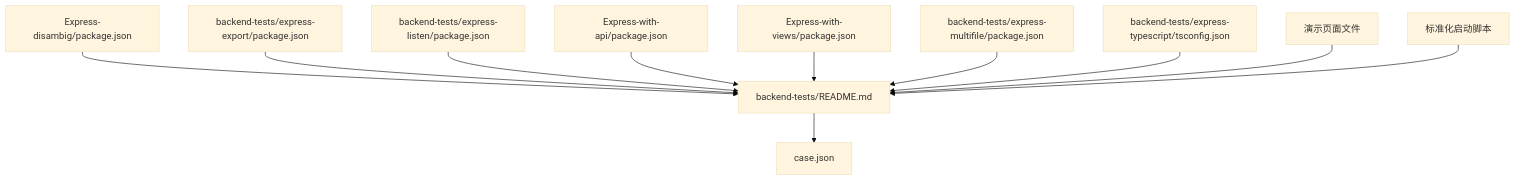
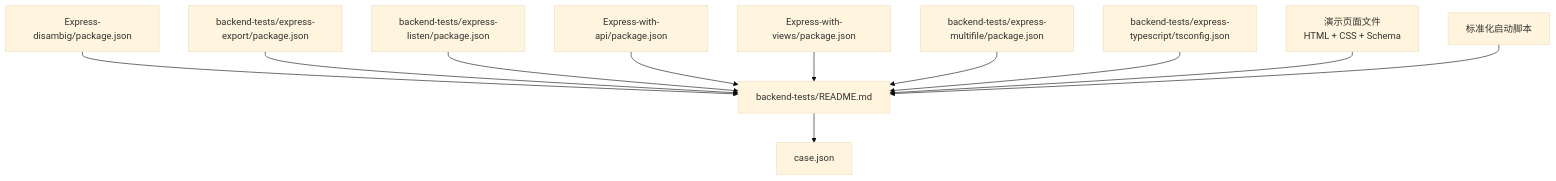
Diagram 12 of 12 in .qoder/repowiki/zh/content/后端框架测试/Express框架测试.md (esa-sp/test-for-aone-ci), drawn with Mermaid (base theme) before and after one commit. The commit also changed other lines of this file and 39 other files, not shown here.

````diff
--- a/.qoder/repowiki/zh/content/后端框架测试/Express框架测试.md
+++ b/.qoder/repowiki/zh/content/后端框架测试/Express框架测试.md
@@ -557,24 +649,24 @@
 ```mermaid
 graph TB
 P1["Express-disambig/package.json"]
 P2["backend-tests/express-export/package.json"]
 P3["backend-tests/express-listen/package.json"]
 P4["Express-with-api/package.json"]
 P5["Express-with-views/package.json"]
 P6["backend-tests/express-multifile/package.json"]
 P7["backend-tests/express-typescript/tsconfig.json"]
-DP["演示页面文件"]
+DP["演示页面文件<br/>HTML + CSS + Schema"]
 RS["标准化启动脚本"]
 R["backend-tests/README.md"]
 C["case.json"]
 P1 --> R
 P2 --> R
 P3 --> R
 P4 --> R
 P5 --> R
 P6 --> R
 P7 --> R
 DP --> R
 RS --> R
 R --> C
 ```
````
